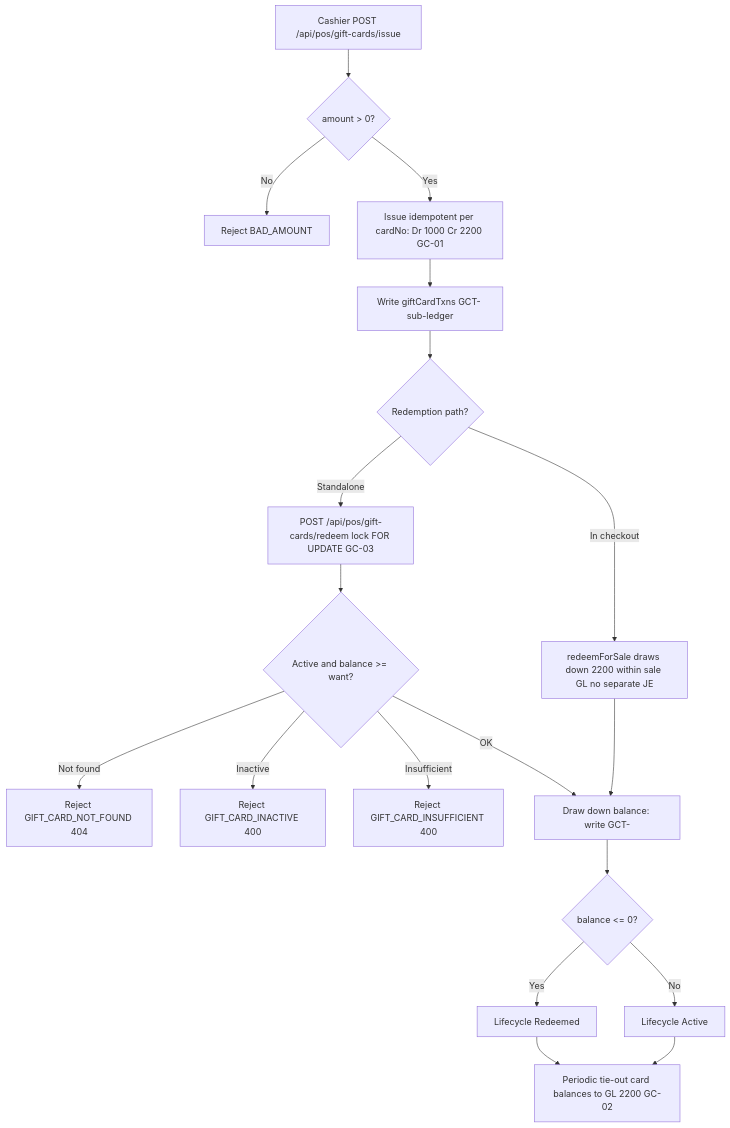
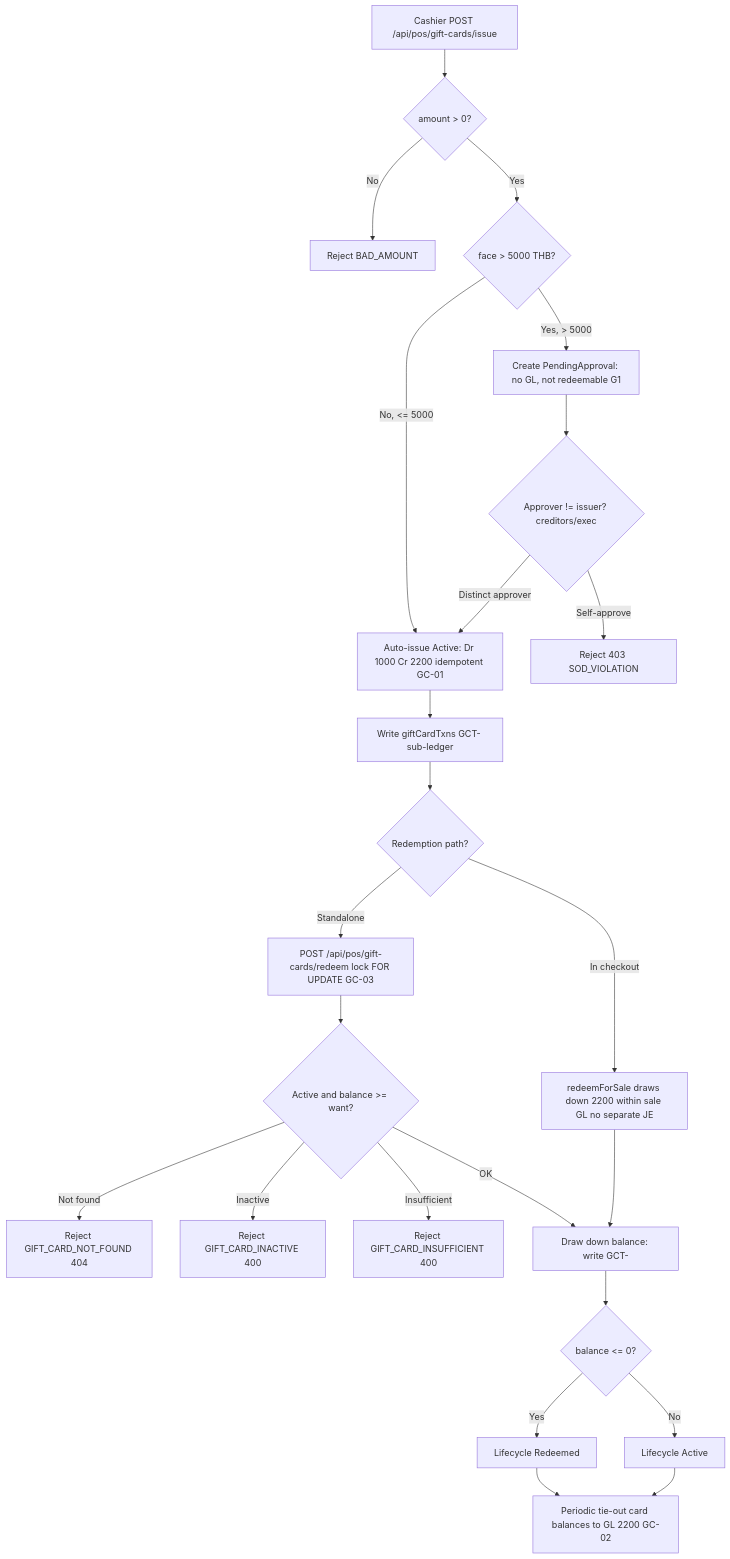
One commit to wayla69/invisibleERP changed the diagram in docs/process-narratives/22-gift-cards-store-credit.md. Above: the diagram before and after it, drawn with Mermaid. The commit also changed other lines of this file and 62 other files, not shown here.

````diff
--- a/docs/process-narratives/22-gift-cards-store-credit.md
+++ b/docs/process-narratives/22-gift-cards-store-credit.md
@@ -71,21 +77,26 @@
 ```mermaid
 flowchart TD
     A[Cashier POST /api/pos/gift-cards/issue] --> B{amount > 0?}
     B -- No --> B1[Reject BAD_AMOUNT]
-    B -- Yes --> C[Issue idempotent per cardNo: Dr 1000 Cr 2200 GC-01]
+    B -- Yes --> T{face > 5000 THB?}
+    T -- No, <= 5000 --> C[Auto-issue Active: Dr 1000 Cr 2200 idempotent GC-01]
+    T -- Yes, > 5000 --> P[Create PendingApproval: no GL, not redeemable G1]
+    P --> PA{Approver != issuer? creditors/exec}
+    PA -- Self-approve --> PA1[Reject 403 SOD_VIOLATION]
+    PA -- Distinct approver --> C
     C --> D[Write giftCardTxns GCT- sub-ledger]
     D --> E{Redemption path?}
     E -- Standalone --> F[POST /api/pos/gift-cards/redeem lock FOR UPDATE GC-03]
     E -- In checkout --> G[redeemForSale draws down 2200 within sale GL no separate JE]
     F --> H{Active and balance >= want?}
     H -- Not found --> H1[Reject GIFT_CARD_NOT_FOUND 404]
     H -- Inactive --> H2[Reject GIFT_CARD_INACTIVE 400]
     H -- Insufficient --> H3[Reject GIFT_CARD_INSUFFICIENT 400]
     H -- OK --> I[Draw down balance: write GCT-]
     G --> I
     I --> J{balance <= 0?}
     J -- Yes --> K[Lifecycle Redeemed]
     J -- No --> L[Lifecycle Active]
     K --> M[Periodic tie-out card balances to GL 2200 GC-02]
     L --> M
 ```
````
